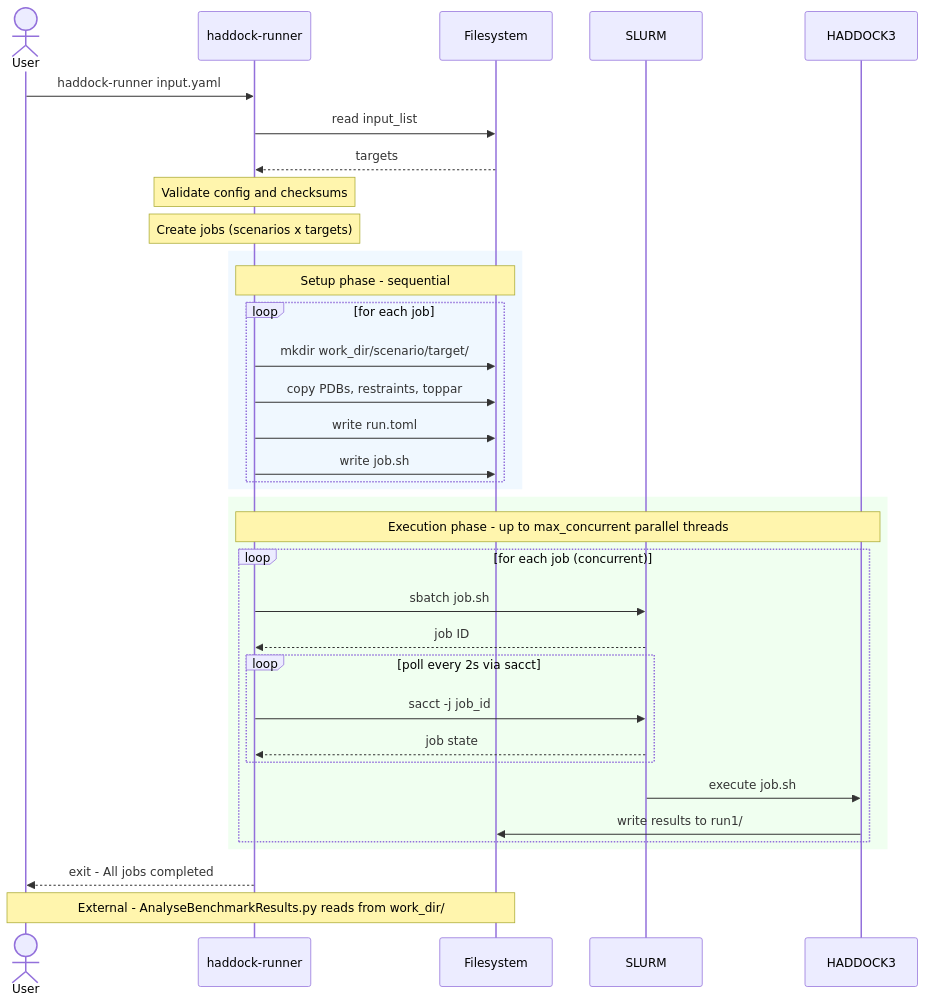
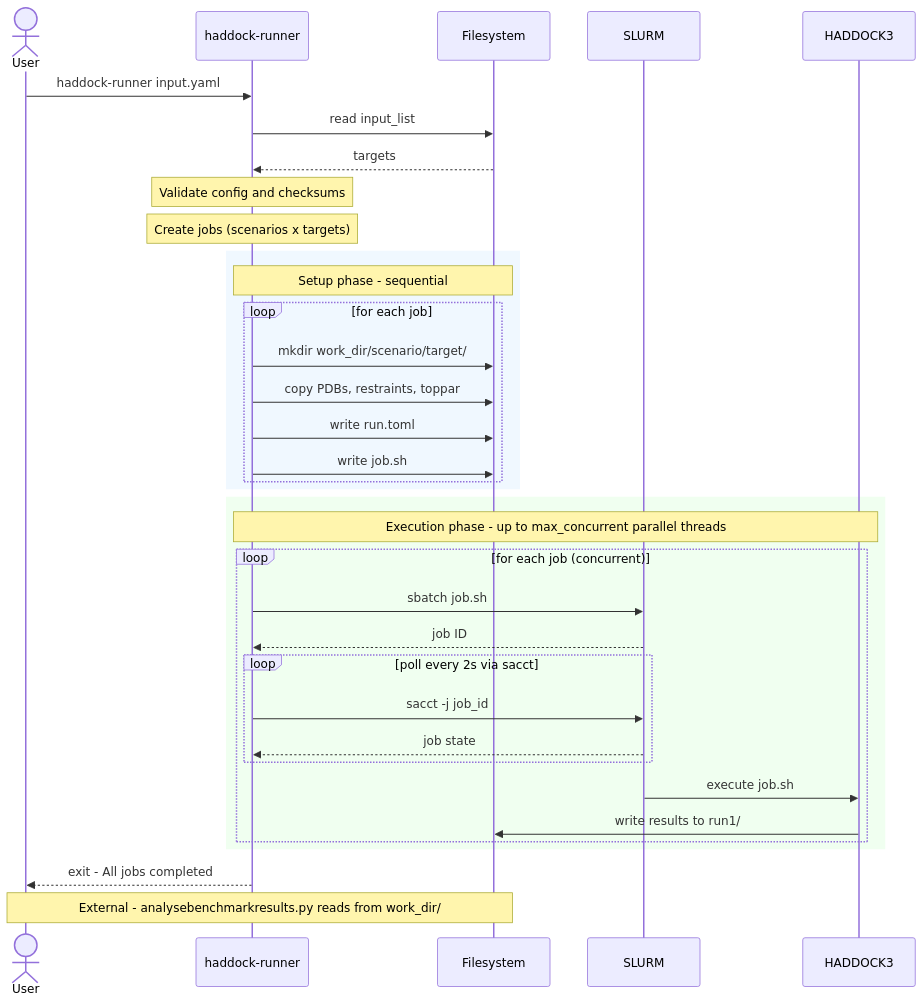
Before and after one commit to haddocking/benchmarking: the diagram in README.md, drawn with Mermaid.

Commit message:
Fix case of analysebenchmarkresults.py in README

````diff
--- a/README.md
+++ b/README.md
@@ -78,45 +78,45 @@
 ```mermaid
 %%{init: {'theme': 'default'}}%%
 sequenceDiagram
     actor User
     participant HR as haddock-runner
     participant FS as Filesystem
     participant SLURM
     participant H3 as HADDOCK3
 
     User->>HR: haddock-runner input.yaml
 
     HR->>FS: read input_list
     FS-->>HR: targets
 
     Note over HR: Validate config and checksums
     Note over HR: Create jobs (scenarios x targets)
 
     rect rgb(240, 248, 255)
         Note over HR,FS: Setup phase - sequential
         loop for each job
             HR->>FS: mkdir work_dir/scenario/target/
             HR->>FS: copy PDBs, restraints, toppar
             HR->>FS: write run.toml
             HR->>FS: write job.sh
         end
     end
 
     rect rgb(240, 255, 240)
         Note over HR,H3: Execution phase - up to max_concurrent parallel threads
         loop for each job (concurrent)
             HR->>SLURM: sbatch job.sh
             SLURM-->>HR: job ID
             loop poll every 2s via sacct
                 HR->>SLURM: sacct -j job_id
                 SLURM-->>HR: job state
             end
             SLURM->>H3: execute job.sh
             H3->>FS: write results to run1/
         end
     end
 
     HR-->>User: exit - All jobs completed
 
-    Note over User,FS: External - AnalyseBenchmarkResults.py reads from work_dir/
+    Note over User,FS: External - analysebenchmarkresults.py reads from work_dir/
 ```
````
